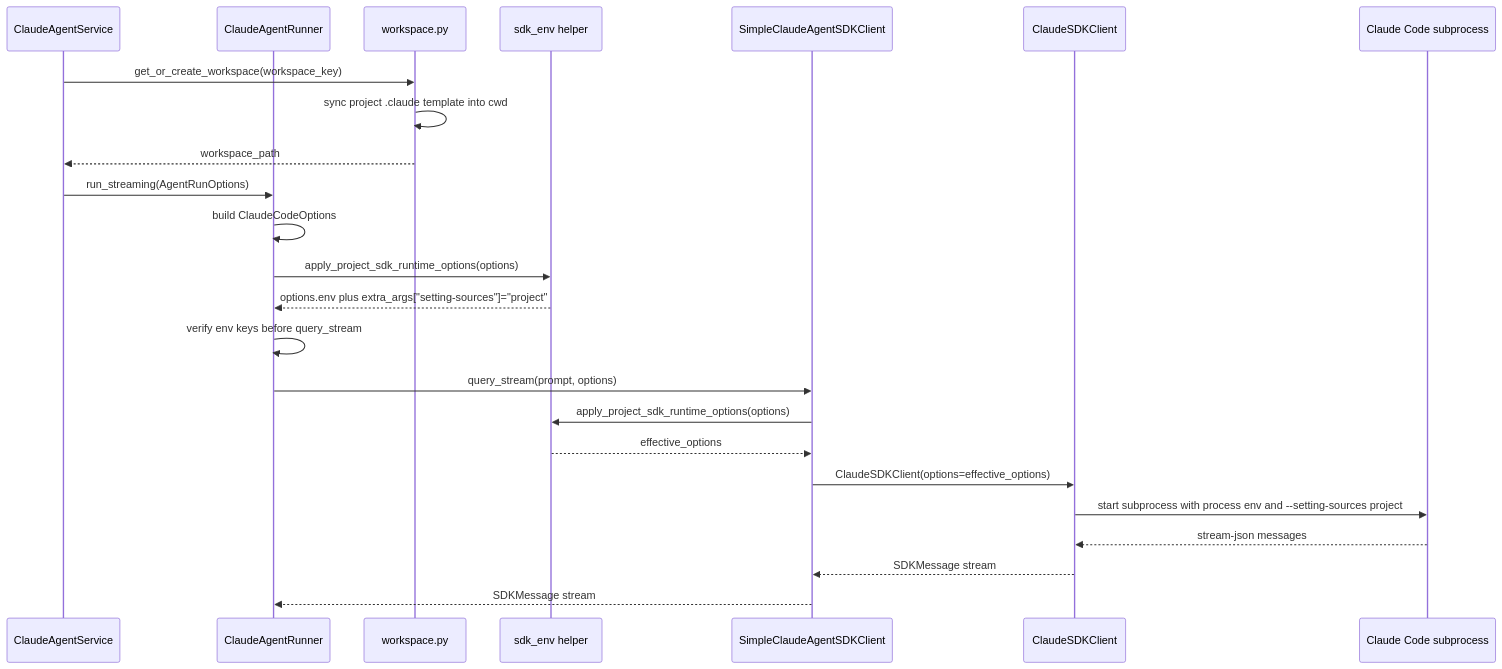
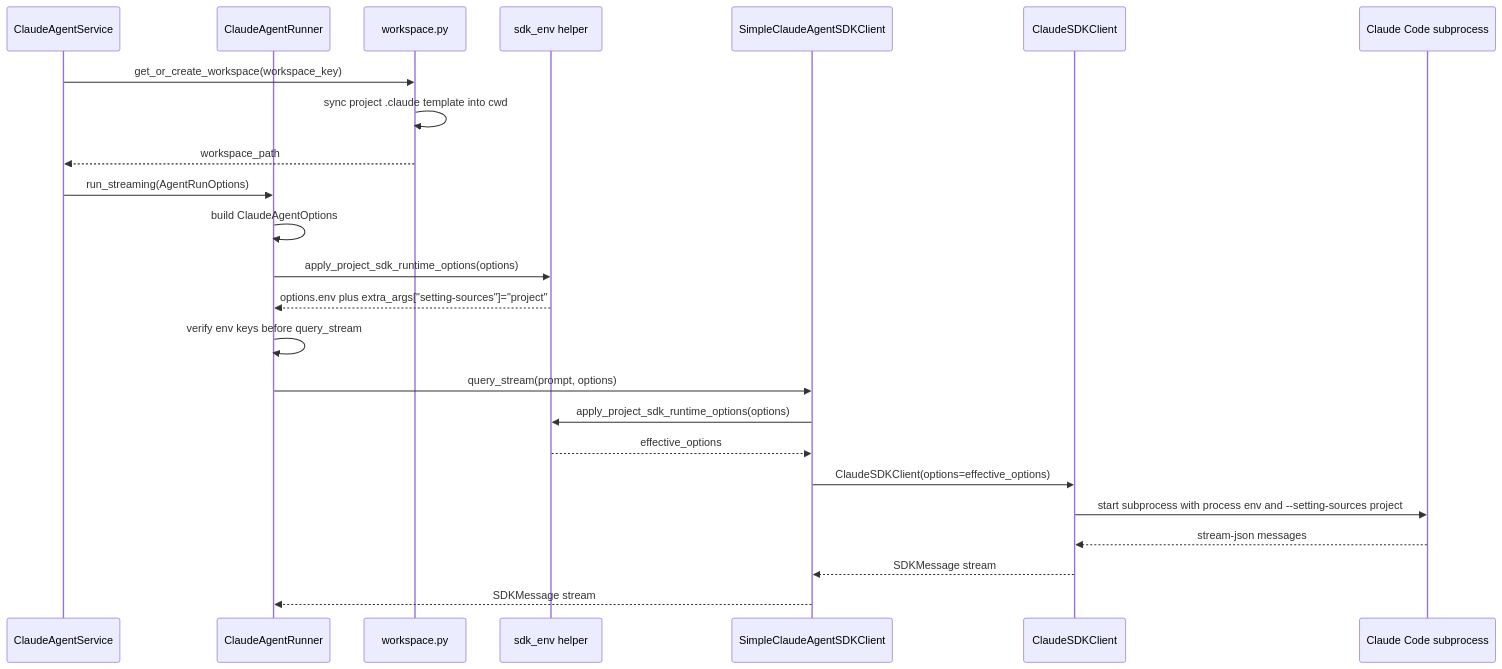
One commit to glide-the/im-dream changed the diagram in docs/design/claude-agent/claude-sdk-env-design.md. Above: the diagram before and after it, drawn with Mermaid. The commit also changed other lines of this file and 61 other files, not shown here.

First line of the commit message:
fix: update references from claude-code-sdk to claude-agent-sdk in documentation and code comments

````diff
--- a/docs/design/claude-agent/claude-sdk-env-design.md
+++ b/docs/design/claude-agent/claude-sdk-env-design.md
@@ -194,27 +197,27 @@
 ```mermaid
 sequenceDiagram
     participant Svc as ClaudeAgentService
     participant Runner as ClaudeAgentRunner
     participant Workspace as workspace.py
     participant Env as sdk_env helper
     participant Client as SimpleClaudeAgentSDKClient
     participant SDK as ClaudeSDKClient
     participant CLI as Claude Code subprocess
 
     Svc->>Workspace: get_or_create_workspace(workspace_key)
     Workspace->>Workspace: sync project .claude template into cwd
     Workspace-->>Svc: workspace_path
     Svc->>Runner: run_streaming(AgentRunOptions)
-    Runner->>Runner: build ClaudeCodeOptions
+    Runner->>Runner: build ClaudeAgentOptions
     Runner->>Env: apply_project_sdk_runtime_options(options)
     Env-->>Runner: options.env plus extra_args["setting-sources"]="project"
     Runner->>Runner: verify env keys before query_stream
     Runner->>Client: query_stream(prompt, options)
     Client->>Env: apply_project_sdk_runtime_options(options)
     Env-->>Client: effective_options
     Client->>SDK: ClaudeSDKClient(options=effective_options)
     SDK->>CLI: start subprocess with process env and --setting-sources project
     CLI-->>SDK: stream-json messages
     SDK-->>Client: SDKMessage stream
     Client-->>Runner: SDKMessage stream
 ```
````
